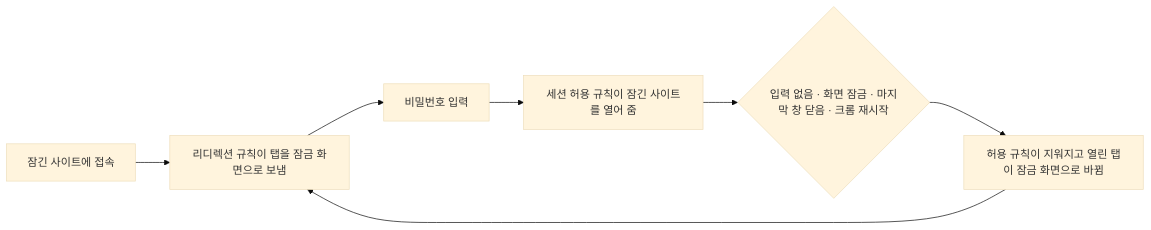
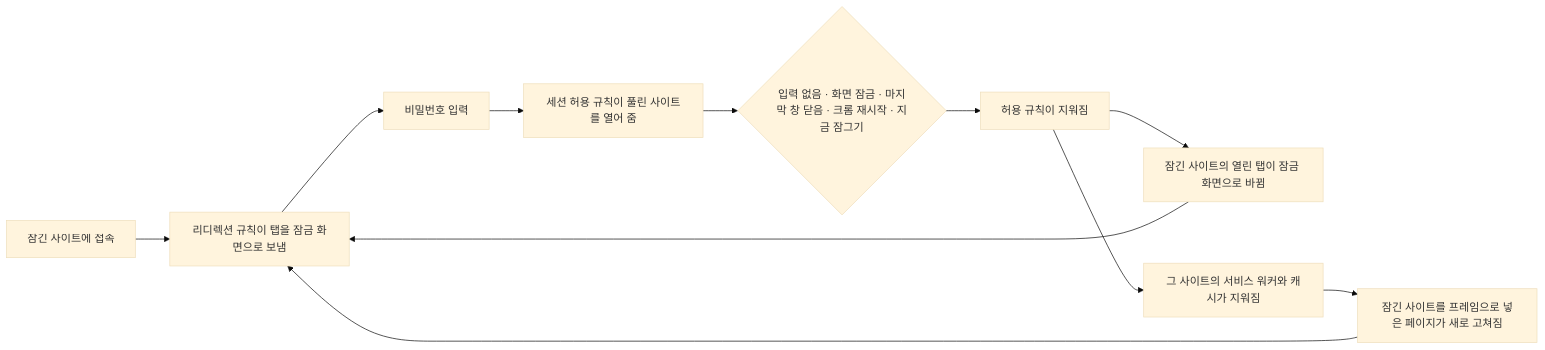
The diagram in README.ko.md (xcryptp/for-my-privacy), drawn with Mermaid (base theme) before and after one commit. The commit also changed other lines of this file and 14 other files, not shown here.

````diff
--- a/README.ko.md
+++ b/README.ko.md
@@ -34,9 +38,13 @@
 ```mermaid
 flowchart LR
     A["잠긴 사이트에 접속"] --> B["리디렉션 규칙이 탭을 잠금 화면으로 보냄"]
     B --> C["비밀번호 입력"]
-    C --> D["세션 허용 규칙이 잠긴 사이트를 열어 줌"]
-    D --> E{"입력 없음 · 화면 잠금 · 마지막 창 닫음 · 크롬 재시작"}
-    E --> F["허용 규칙이 지워지고 열린 탭이 잠금 화면으로 바뀜"]
-    F --> B
+    C --> D["세션 허용 규칙이 풀린 사이트를 열어 줌"]
+    D --> E{"입력 없음 · 화면 잠금 · 마지막 창 닫음 · 크롬 재시작 · 지금 잠그기"}
+    E --> F["허용 규칙이 지워짐"]
+    F --> G["잠긴 사이트의 열린 탭이 잠금 화면으로 바뀜"]
+    F --> H["그 사이트의 서비스 워커와 캐시가 지워짐"]
+    H --> I["잠긴 사이트를 프레임으로 넣은 페이지가 새로 고쳐짐"]
+    G --> B
+    I --> B
 ```
````
